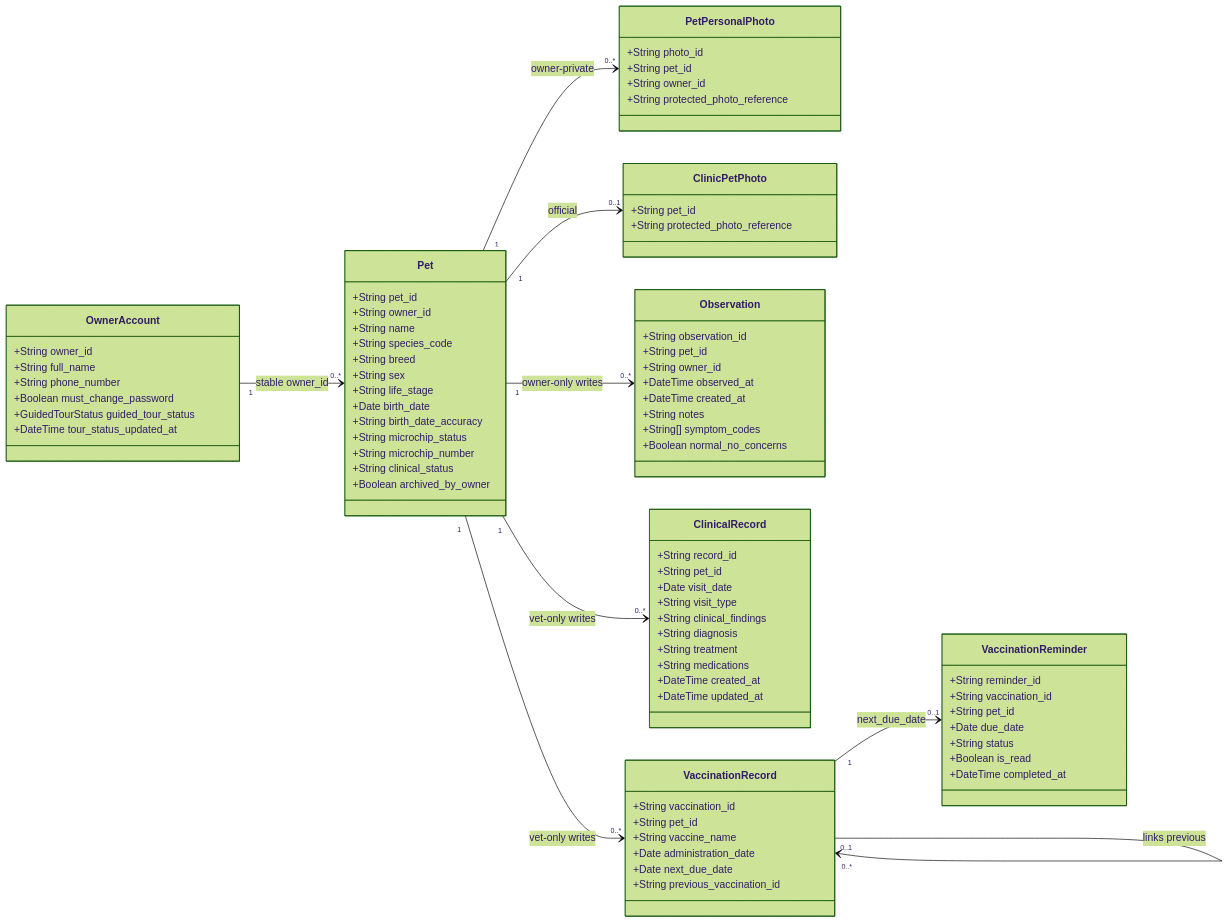
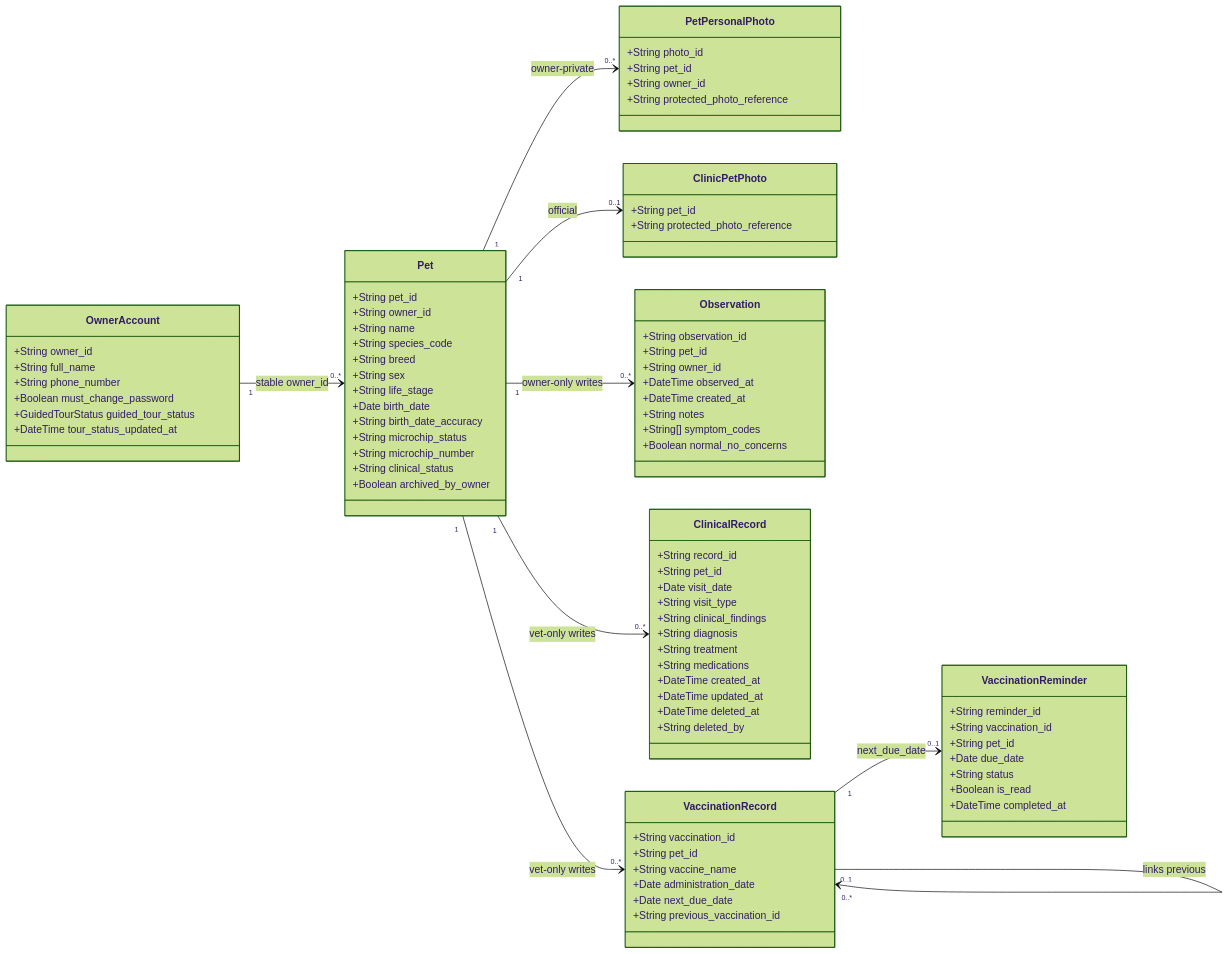
One commit to Efesen10/Pawthy changed the second of 11 diagrams in docs/uml-diagrams/uml-diagrams.md. Above: the diagram before and after it, drawn with Mermaid (forest theme).

Commit message:
docs: refine SRS interface and clinical lifecycle mapping

```diff
--- a/docs/uml-diagrams/uml-diagrams.md
+++ b/docs/uml-diagrams/uml-diagrams.md
@@ -139,6 +139,8 @@
     +String medications
     +DateTime created_at
     +DateTime updated_at
+    +DateTime deleted_at
+    +String deleted_by
   }
   class VaccinationRecord {
     +String vaccination_id
```
